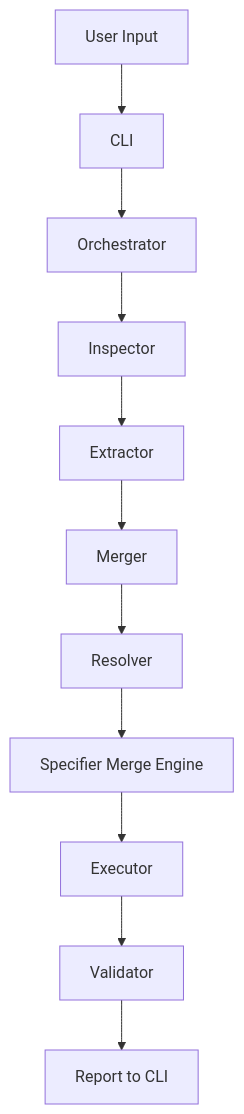
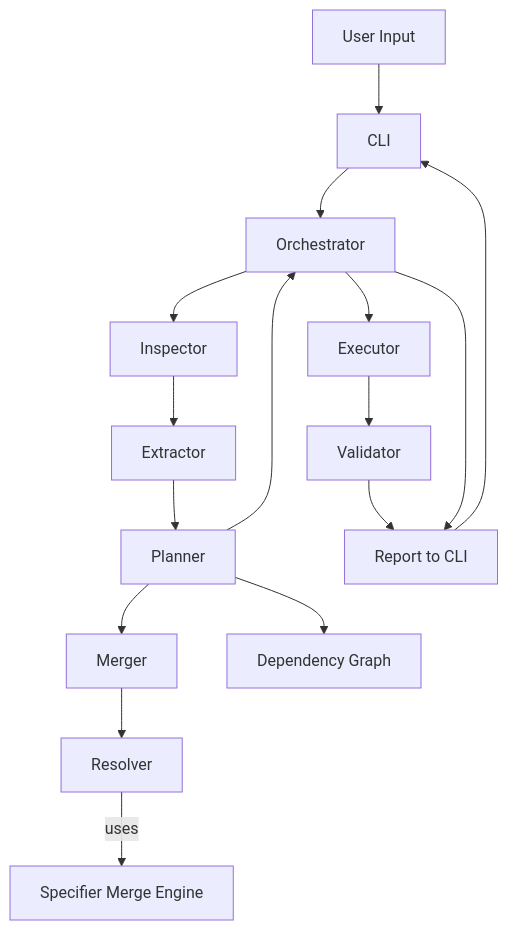
One commit to vishwanathdvgmm/pyvenvmerge changed the second of 2 diagrams in ARCHITECTURE.md. Above: the diagram before and after it, drawn with Mermaid. The commit also changed other lines of this file and 5 other files, not shown here.

Commit message:
Release v0.6.0 (Dependency Graph Intelligence)

````diff
--- a/ARCHITECTURE.md
+++ b/ARCHITECTURE.md
@@ -334,21 +350,46 @@
 ```mermaid
 flowchart TD
+
     A[User Input]
     B[CLI]
+
     C[Orchestrator]
 
     D[Inspector]
     E[Extractor]
+    L[Planner]
+
     F[Merger]
     G[Resolver]
     S[Specifier Merge Engine]
 
+    K[Dependency Graph]
+
     H[Executor]
     I[Validator]
+
     J[Report to CLI]
 
+    %% Input flow
     A --> B --> C
-    C --> D
-    D --> E --> F --> G
-    G --> S --> H --> I --> J
+
+    %% Inspection & extraction
+    C --> D --> E --> L
+
+    %% Planning internals
+    L --> F --> G
+    G -->|uses| S
+    L --> K
+
+    %% Plan returns to orchestrator
+    L --> C
+
+    %% Execution path
+    C --> H --> I --> J
+
+    %% Dry-run / final output
+    C --> J
+
+    %% Final output to CLI
+    J --> B
 ```
````
